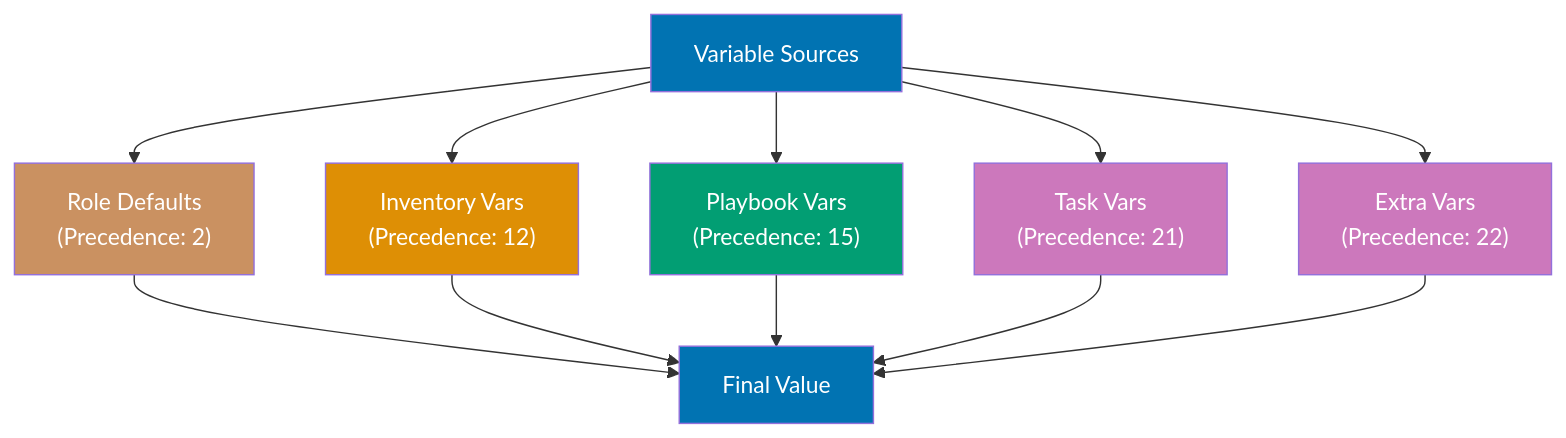
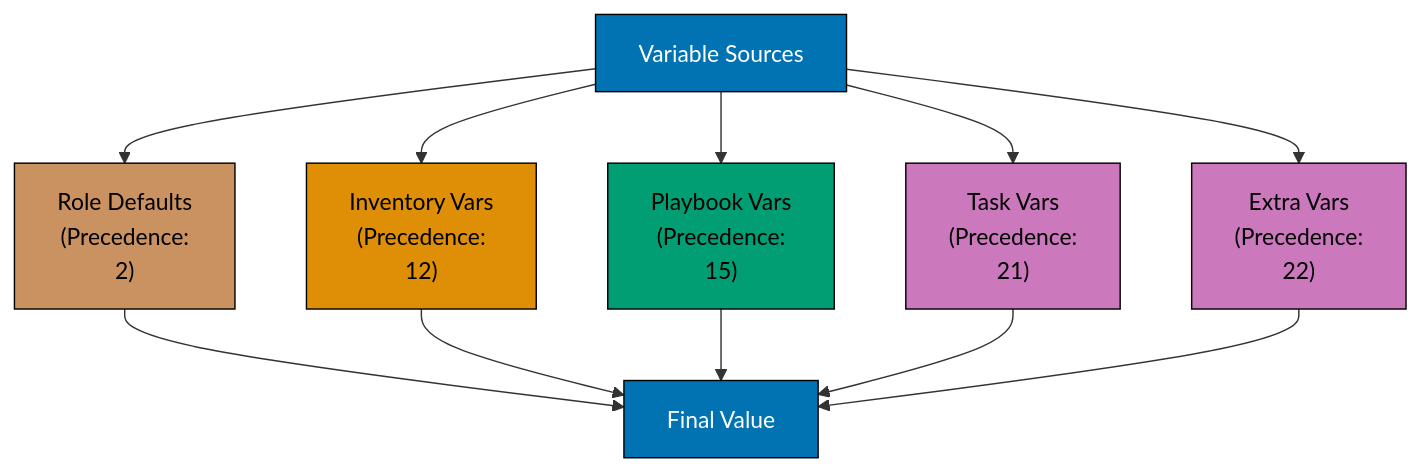
The third of 8 diagrams in apps/ayokoding-www/content/en/learn/legacy/software-engineering/infrastructure/tools/ansible/by-example/beginner.md (wahidyankf/ose-public), drawn with Mermaid before and after one commit. The commit also changed other lines of this file and 131 other files, not shown here.

First line of the commit message:
fix(mermaid): bring the legacy data, infrastructure, and testing diagrams onto the accessible palette

````diff
--- a/apps/ayokoding-www/content/en/learn/legacy/software-engineering/infrastructure/tools/ansible/by-example/beginner.md
+++ b/apps/ayokoding-www/content/en/learn/legacy/software-engineering/infrastructure/tools/ansible/by-example/beginner.md
@@ -521,23 +536,31 @@
 ```mermaid
 %% Color Palette: Blue #0173B2, Orange #DE8F05, Teal #029E73, Purple #CC78BC, Brown #CA9161
 graph TD
- A["Variable Sources"] --> B["Role Defaults<br/>#40;Precedence: 2#41;"]
- A --> C["Inventory Vars<br/>#40;Precedence: 12#41;"]
- A --> D["Playbook Vars<br/>#40;Precedence: 15#41;"]
- A --> E["Task Vars<br/>#40;Precedence: 21#41;"]
- A --> F["Extra Vars<br/>#40;Precedence: 22#41;"]
+ accTitle: Example 6: Playbook Variables and Precedence
+ accDescr: Graph with 7 nodes and 10 connections. Nodes: Variable Sources, Role Defaults 40Precedence: 241, Inventory Vars 40Precedence: 1241, Playbook Vars 40Precedence: 1541, Task Vars 40Precedence: 2141, Extra Vars 40Precedence: 2241, Final Value. Connections: Variable Sources to Role Defaults 40Precedence: 241, Variable Sources to Inventory Vars 40Precedence: 1241, Variable Sources to Playbook Vars 40Precedence: 1541, Variable Sources to Task Vars 40Precedence: 2141, Variable Sources to Extra Vars 40Precedence: 2241, Role Defaults 40Precedence: 241 to Final Value, Inventory Vars 40Precedence: 1241 to Final Value, Playbook Vars 40Precedence: 1541 to Final Value, Task Vars 40Precedence: 2141 to Final Value, Extra Vars 40Precedence: 2241 to Final Value.
+ A["Variable Sources"] --> B["Role Defaults<br/>#40;Precedence:<br/>2#41;"]
+ A --> C["Inventory Vars<br/>#40;Precedence:<br/>12#41;"]
+ A --> D["Playbook Vars<br/>#40;Precedence:<br/>15#41;"]
+ A --> E["Task Vars<br/>#40;Precedence:<br/>21#41;"]
+ A --> F["Extra Vars<br/>#40;Precedence:<br/>22#41;"]
 
  B --> G["Final Value"]
  C --> G
  D --> G
  E --> G
  F --> G
 
- style A fill:#0173B2,color:#fff
- style B fill:#CA9161,color:#fff
- style C fill:#DE8F05,color:#fff
- style D fill:#029E73,color:#fff
- style E fill:#CC78BC,color:#fff
- style F fill:#CC78BC,color:#fff
- style G fill:#0173B2,color:#fff
+ classDef pal-0173B2 fill:#0173B2,stroke:#000000,color:#FFFFFF
+ class A pal-0173B2
+ classDef pal-CA9161 fill:#CA9161,stroke:#000000,color:#000000
+ class B pal-CA9161
+ classDef pal-DE8F05 fill:#DE8F05,stroke:#000000,color:#000000
+ class C pal-DE8F05
+ classDef pal-029E73 fill:#029E73,stroke:#000000,color:#000000
+ class D pal-029E73
+ classDef pal-CC78BC fill:#CC78BC,stroke:#000000,color:#000000
+ class E pal-CC78BC
+ class F pal-CC78BC
+ class G pal-0173B2
+ classDef default fill:#FFFFFF,stroke:#000000,color:#000000
 ```
````
